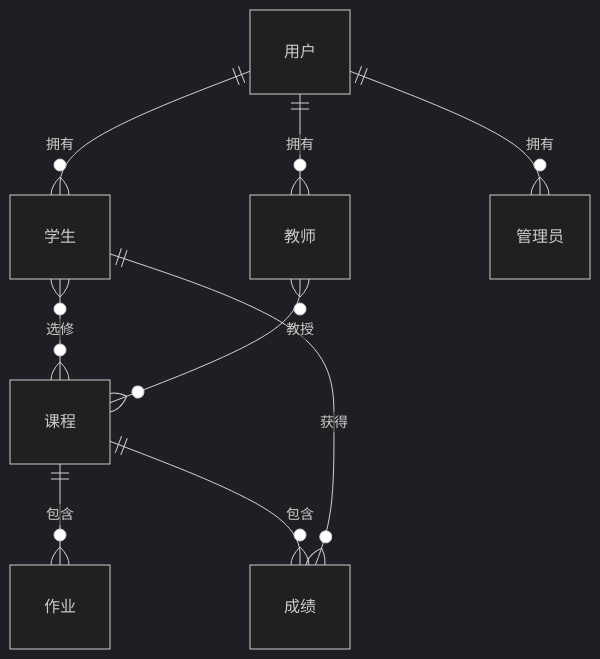
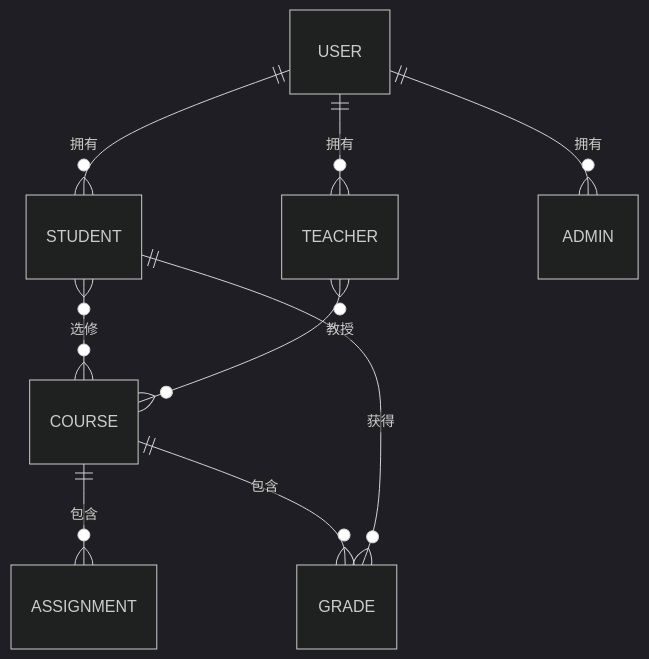
The second of 2 diagrams in doc/pictures/diagrams.md (llb1238/SE-Lab), drawn with Mermaid (dark theme) before and after one commit. The commit also changed other lines of this file, not shown here.

Commit message:
huahuanide

````diff
--- a/doc/pictures/diagrams.md
+++ b/doc/pictures/diagrams.md
@@ -12,11 +14,11 @@
 ```mermaid
 erDiagram
-    用户 ||--o{ 学生 : "拥有"
-    用户 ||--o{ 教师 : "拥有"
-    用户 ||--o{ 管理员 : "拥有"
-    学生 }o--o{ 课程 : "选修"
-    教师 }o--o{ 课程 : "教授"
-    课程 ||--o{ 作业 : "包含"
-    课程 ||--o{ 成绩 : "包含"
-    学生 ||--o{ 成绩 : "获得"
+    USER ||--o{ STUDENT : "拥有"
+    USER ||--o{ TEACHER : "拥有"
+    USER ||--o{ ADMIN : "拥有"
+    STUDENT }o--o{ COURSE : "选修"
+    TEACHER }o--o{ COURSE : "教授"
+    COURSE ||--o{ ASSIGNMENT : "包含"
+    COURSE ||--o{ GRADE : "包含"
+    STUDENT ||--o{ GRADE : "获得"
 ```
````
